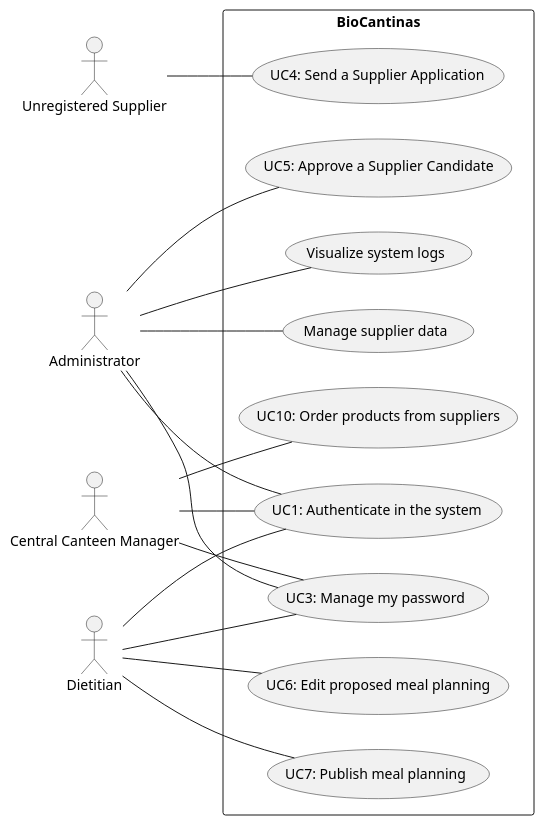
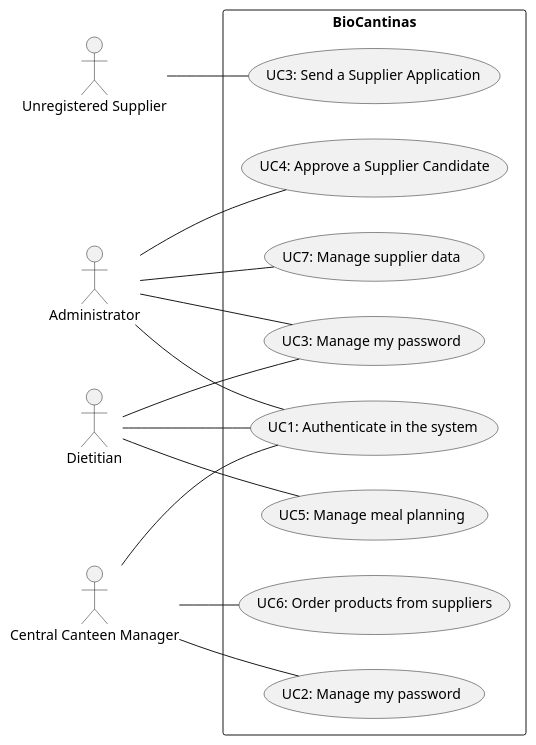
Before and after one commit to mei-desofs/desofs2026-thu_ffs_1: the diagram in Deliverables/phase1/diagrams/uc.puml, drawn with PlantUML. The commit also changed 1 other file, not shown here.

Commit message:
#1 use case diagrams

```diff
--- a/Deliverables/phase1/diagrams/uc.puml
+++ b/Deliverables/phase1/diagrams/uc.puml
@@ -1,33 +1,31 @@
 @startuml
 left to right direction
 
 actor UnregisteredSupplier as "Unregistered Supplier"
 actor Admin as "Administrator"
 actor Dietitian
 actor CentralCanteenManager as "Central Canteen Manager"
 
 
 rectangle BioCantinas {
 
     CentralCanteenManager -- (UC1: Authenticate in the system)
     Dietitian -- (UC1: Authenticate in the system)
     Admin -- (UC1: Authenticate in the system)
 
-    CentralCanteenManager -- (UC3: Manage my password)
+    CentralCanteenManager -- (UC2: Manage my password)
     Dietitian -- (UC3: Manage my password)
     Admin -- (UC3: Manage my password)
 
-    UnregisteredSupplier -- (UC4: Send a Supplier Application)
+    UnregisteredSupplier -- (UC3: Send a Supplier Application)
 
-    Admin -- (UC5: Approve a Supplier Candidate)
-    Admin -- (Visualize system logs)
+    Admin -- (UC4: Approve a Supplier Candidate)
 
-    Dietitian -- (UC6: Edit proposed meal planning)
-    Dietitian -- (UC7: Publish meal planning)
+    Dietitian -- (UC5: Manage meal planning)
 
-    CentralCanteenManager -- (UC10: Order products from suppliers)
+    CentralCanteenManager -- (UC6: Order products from suppliers)
 
-    Admin -- (Manage supplier data)
+    Admin -- (UC7: Manage supplier data)
 }
 
 @enduml
```
